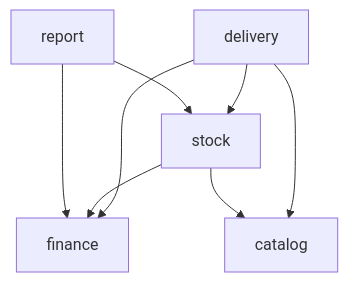
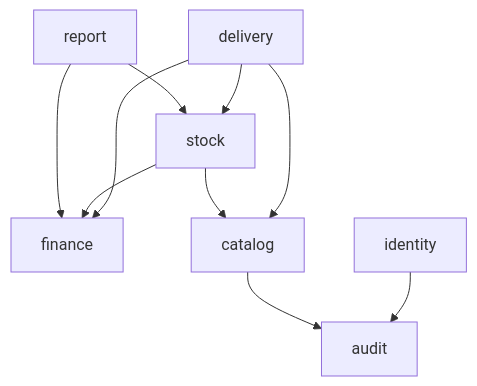
Before and after one commit to kyledelfin2006/ausan-poultry-system: the second of 4 diagrams in docs/architecture/overview.md, drawn with Mermaid. The commit also changed other lines of this file and 6 other files, not shown here.

````diff
--- a/docs/architecture/overview.md
+++ b/docs/architecture/overview.md
@@ -42,10 +43,12 @@
 ```mermaid
 flowchart TD
     delivery --> stock
     delivery --> finance
     delivery --> catalog
     stock --> finance
     stock --> catalog
     report --> stock
     report --> finance
+    identity --> audit
+    catalog --> audit
 ```
````
